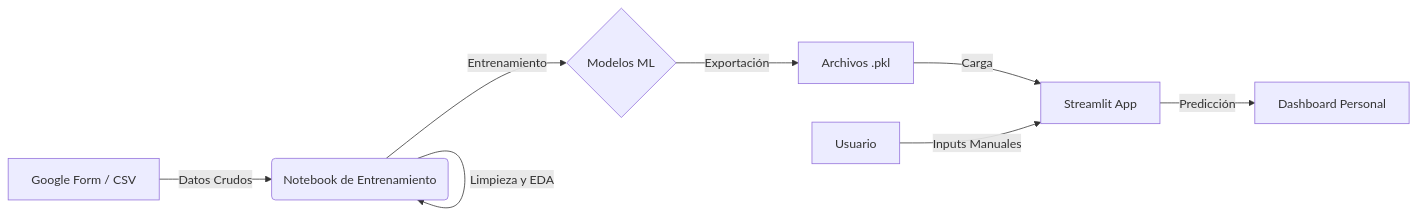
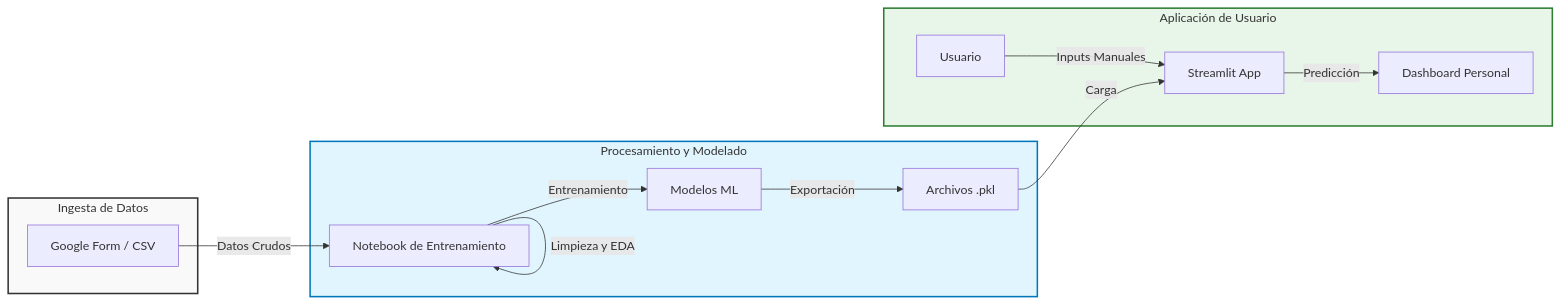
The diagram in AI/Predict Your Study Productivity/README.md (Galiextro/Python-Odyssey), drawn with Mermaid before and after one commit. The commit also changed other lines of this file, not shown here.

Commit message:
docs: Add initial README detailing the study productivity prediction project.

````diff
--- a/AI/Predict Your Study Productivity/README.md
+++ b/AI/Predict Your Study Productivity/README.md
@@ -108,10 +112,32 @@
 ```mermaid
 flowchart LR
-    A["Google Form / CSV"] -->|"Datos Crudos"| B("Notebook de Entrenamiento")
-    B -->|"Limpieza y EDA"| B
-    B -->|"Entrenamiento"| C{"Modelos ML"}
-    C -->|"Exportación"| D["Archivos .pkl"]
-    D -->|"Carga"| E["Streamlit App"]
-    F["Usuario"] -->|"Inputs Manuales"| E
-    E -->|"Predicción"| G["Dashboard Personal"]
+    subgraph Ingesta [Ingesta de Datos]
+        A[Google Form / CSV]
+    end
+    
+    subgraph Procesamiento [Procesamiento y Modelado]
+        B[Notebook de Entrenamiento]
+        C[Modelos ML]
+        D[Archivos .pkl]
+        
+        B -->|Limpieza y EDA| B
+        B -->|Entrenamiento| C
+        C -->|Exportación| D
+    end
+    
+    subgraph Aplicacion [Aplicación de Usuario]
+        E[Streamlit App]
+        F[Usuario]
+        G[Dashboard Personal]
+        
+        F -->|Inputs Manuales| E
+        E -->|Predicción| G
+    end
+
+    A -->|Datos Crudos| B
+    D -->|Carga| E
+    
+    style Ingesta fill:#f9f9f9,stroke:#333,stroke-width:2px
+    style Procesamiento fill:#e1f5fe,stroke:#0277bd,stroke-width:2px
+    style Aplicacion fill:#e8f5e9,stroke:#2e7d32,stroke-width:2px
 ```
````
